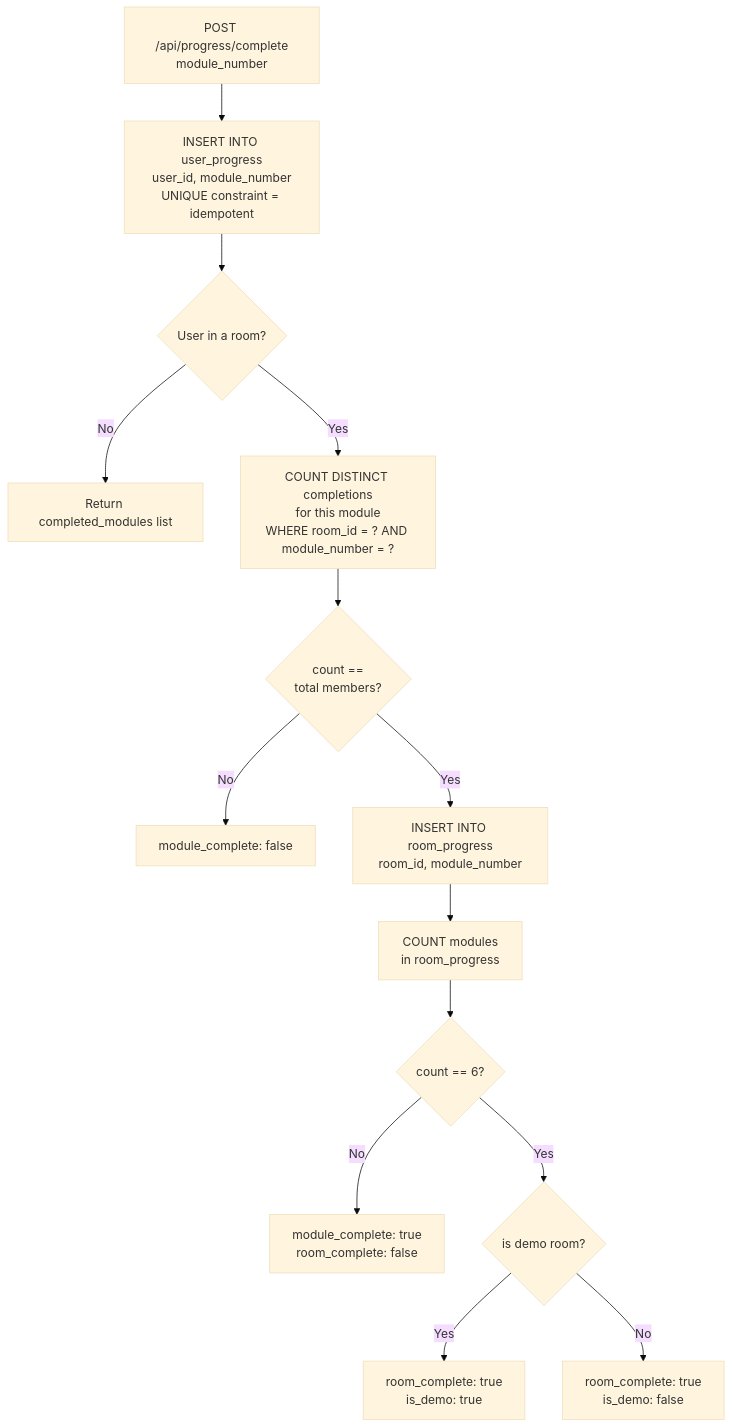
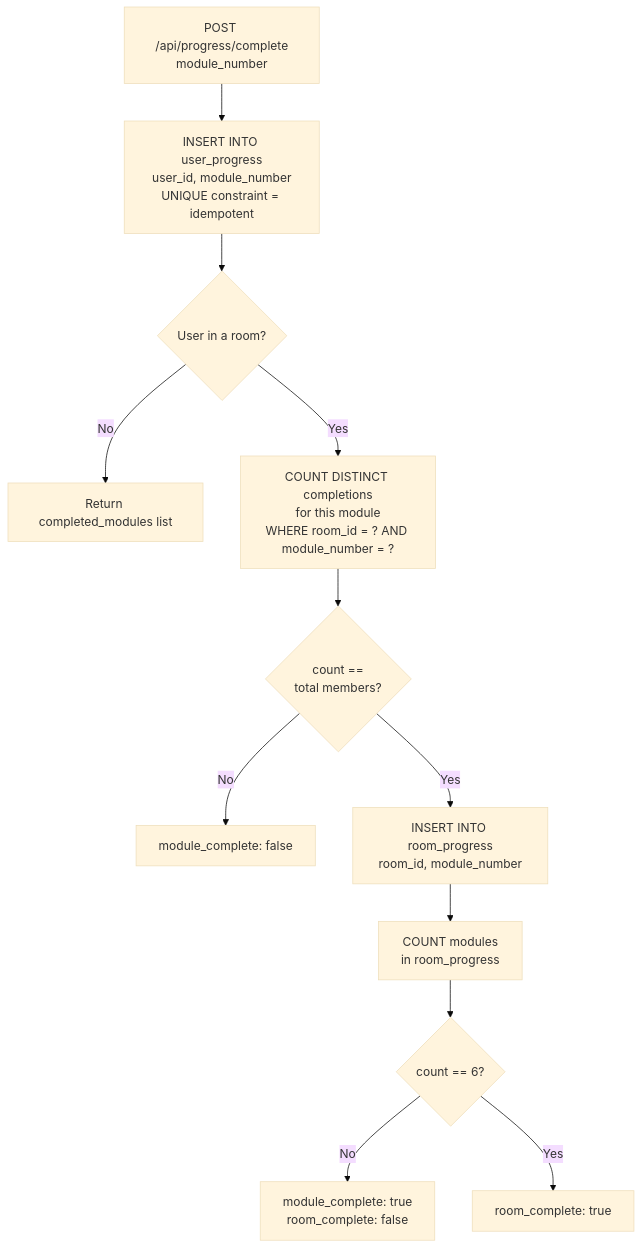
Before and after one commit to aaryavlal/frontend: the fifth of 8 diagrams in hacks/Final_project/Transactional.md, drawn with Mermaid (base theme). The commit also changed other lines of this file, not shown here.

````diff
--- a/hacks/Final_project/Transactional.md
+++ b/hacks/Final_project/Transactional.md
@@ -126,16 +133,14 @@
 ```mermaid
 flowchart TD
     A[POST /api/progress/complete\nmodule_number] --> B[INSERT INTO user_progress\nuser_id, module_number\nUNIQUE constraint = idempotent]
     B --> C{User in a room?}
     C -- No --> D[Return completed_modules list]
     C -- Yes --> E["COUNT DISTINCT completions\nfor this module\nWHERE room_id = ? AND module_number = ?"]
     E --> F{count ==\ntotal members?}
     F -- No --> G[module_complete: false]
     F -- Yes --> H[INSERT INTO room_progress\nroom_id, module_number]
     H --> I[COUNT modules\nin room_progress]
     I --> J{count == 6?}
     J -- No --> K[module_complete: true\nroom_complete: false]
-    J -- Yes --> L{is demo room?}
-    L -- Yes --> M[room_complete: true\nis_demo: true]
-    L -- No --> N[room_complete: true\nis_demo: false]
+    J -- Yes --> L[room_complete: true]
 ```
````
